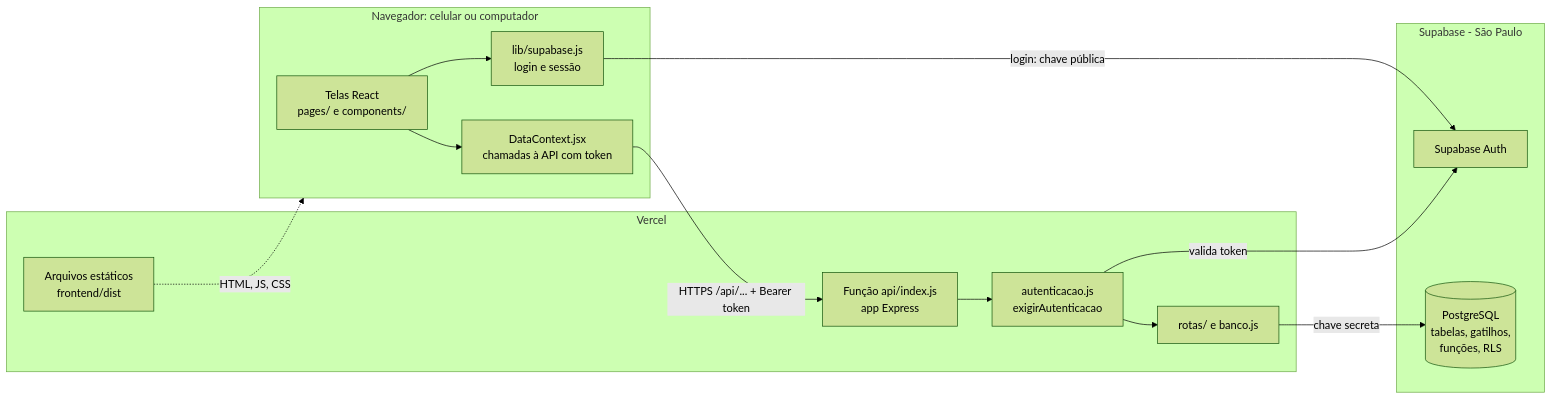
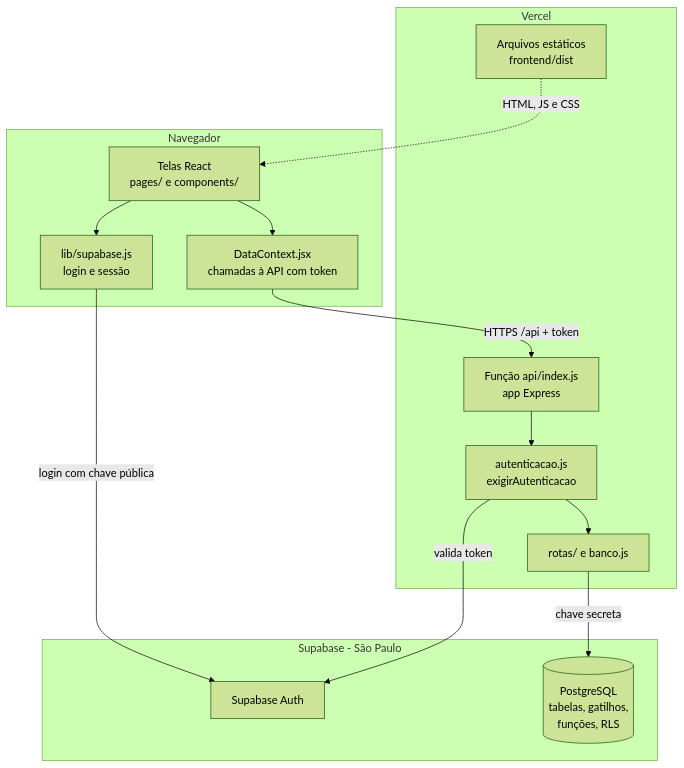
Before and after one commit to marciohector06-lgtm/sistema-Liga-candanga-solitaria: the third of 7 diagrams in docs/DOCUMENTACAO_TECNICA.md, drawn with Mermaid (forest theme). The commit also changed other lines of this file and 1 other file, not shown here.

First line of the commit message:
docs: Projeto de Extensão completo em PDF e Apêndice A com os prompts

````diff
--- a/docs/DOCUMENTACAO_TECNICA.md
+++ b/docs/DOCUMENTACAO_TECNICA.md
@@ -832,26 +819,27 @@
 ```mermaid
-flowchart LR
-  subgraph N[Navegador: celular ou computador]
+flowchart TB
+  subgraph N[Navegador]
     UI[Telas React<br/>pages/ e components/]
+    SB[lib/supabase.js<br/>login e sessão]
     DC[DataContext.jsx<br/>chamadas à API com token]
-    SB[lib/supabase.js<br/>login e sessão]
-    UI --> DC
-    UI --> SB
   end
   subgraph V[Vercel]
     CDN[Arquivos estáticos<br/>frontend/dist]
     FN[Função api/index.js<br/>app Express]
     MW[autenticacao.js<br/>exigirAutenticacao]
     R[rotas/ e banco.js]
-    FN --> MW --> R
   end
   subgraph S[Supabase - São Paulo]
     AUTH[Supabase Auth]
     DB[(PostgreSQL<br/>tabelas, gatilhos,<br/>funções, RLS)]
   end
-  CDN -. "HTML, JS, CSS" .-> N
-  SB -- "login: chave pública" --> AUTH
-  DC -- "HTTPS /api/... + Bearer token" --> FN
-  MW -- "valida token" --> AUTH
-  R -- "chave secreta" --> DB
+  UI --> SB
+  UI --> DC
+  CDN -. HTML, JS e CSS .-> UI
+  SB -- login com chave pública --> AUTH
+  DC -- HTTPS /api + token --> FN
+  FN --> MW
+  MW -- valida token --> AUTH
+  MW --> R
+  R -- chave secreta --> DB
 ```
````
